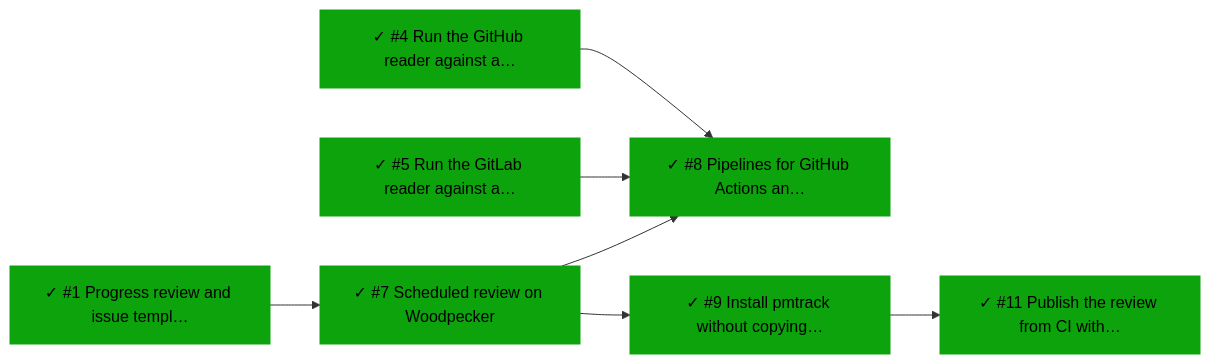
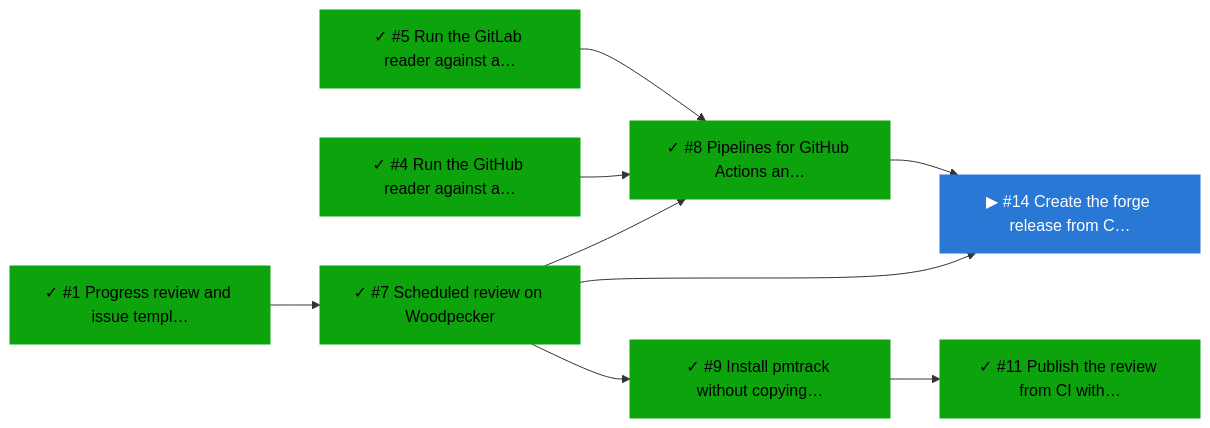
Before and after one commit to bvraghav/pmtrack: the second of 3 diagrams in ci.md, drawn with Mermaid. The commit also changed other lines of this file and 4 other files, not shown here.

````diff
--- a/ci.md
+++ b/ci.md
@@ -43,22 +46,25 @@
 ```mermaid
 flowchart LR
   n0["✓ #1 Progress review and issue templ…"]:::done
   n1["✓ #11 Publish the review from CI with…"]:::done
-  n2["✓ #4 Run the GitHub reader against a…"]:::done
-  n3["✓ #5 Run the GitLab reader against a…"]:::done
-  n4["✓ #7 Scheduled review on Woodpecker"]:::done
-  n5["✓ #8 Pipelines for GitHub Actions an…"]:::done
-  n6["✓ #9 Install pmtrack without copying…"]:::done
-  n6 --> n1
-  n0 --> n4
-  n4 --> n5
-  n2 --> n5
-  n3 --> n5
+  n2["▶ #14 Create the forge release from C…"]:::active
+  n3["✓ #4 Run the GitHub reader against a…"]:::done
+  n4["✓ #5 Run the GitLab reader against a…"]:::done
+  n5["✓ #7 Scheduled review on Woodpecker"]:::done
+  n6["✓ #8 Pipelines for GitHub Actions an…"]:::done
+  n7["✓ #9 Install pmtrack without copying…"]:::done
+  n7 --> n1
+  n5 --> n2
+  n6 --> n2
+  n0 --> n5
+  n5 --> n6
+  n3 --> n6
   n4 --> n6
+  n5 --> n7
   classDef done fill:#0ca30c,color:#000,stroke:#0ca30c
   classDef active fill:#2a78d6,color:#fff,stroke:#2a78d6
   classDef ready fill:#eda100,color:#000,stroke:#eda100
   classDef blocked fill:#d03b3b,color:#fff,stroke:#d03b3b
   classDef unknown fill:#898781,color:#000,stroke:#898781
   classDef dropped fill:#898781,color:#000,stroke:#898781
 ```
````
